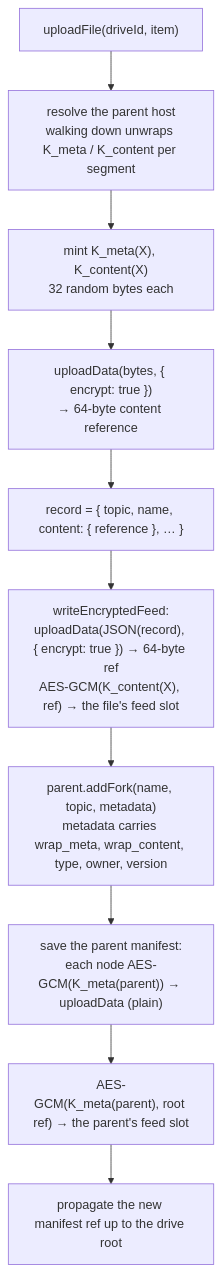
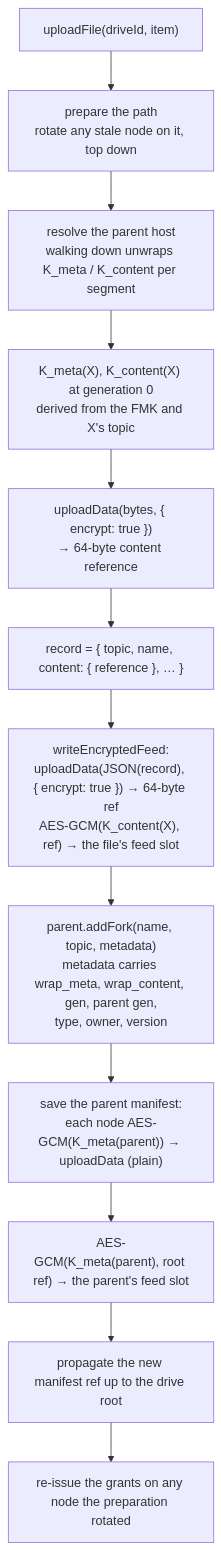
One commit to Solar-Punk-Ltd/file-manager-lib changed the third of 4 diagrams in docs/ENCRYPTION.md. Above: the diagram before and after it, drawn with Mermaid. The commit also changed other lines of this file and 21 other files, not shown here.

````diff
--- a/docs/ENCRYPTION.md
+++ b/docs/ENCRYPTION.md
@@ -355,12 +377,14 @@
 ```mermaid
 flowchart TD
-    A["uploadFile(driveId, item)"] --> B["resolve the parent host<br/>walking down unwraps K_meta / K_content per segment"]
-    B --> C["mint K_meta(X), K_content(X)<br/>32 random bytes each"]
+    A["uploadFile(driveId, item)"] --> P["prepare the path<br/>rotate any stale node on it, top down"]
+    P --> B["resolve the parent host<br/>walking down unwraps K_meta / K_content per segment"]
+    B --> C["K_meta(X), K_content(X) at generation 0<br/>derived from the FMK and X's topic"]
     C --> D["uploadData(bytes, { encrypt: true })<br/>→ 64-byte content reference"]
     D --> E["record = { topic, name, content: { reference }, … }"]
     E --> F["writeEncryptedFeed:<br/>uploadData(JSON(record), { encrypt: true }) → 64-byte ref<br/>AES-GCM(K_content(X), ref) → the file's feed slot"]
-    F --> G["parent.addFork(name, topic, metadata)<br/>metadata carries wrap_meta, wrap_content, type, owner, version"]
+    F --> G["parent.addFork(name, topic, metadata)<br/>metadata carries wrap_meta, wrap_content, gen, parent gen,<br/>type, owner, version"]
     G --> H["save the parent manifest:<br/>each node AES-GCM(K_meta(parent)) → uploadData (plain)"]
     H --> I["AES-GCM(K_meta(parent), root ref) → the parent's feed slot"]
     I --> J["propagate the new manifest ref up to the drive root"]
+    J --> K["re-issue the grants on any node the preparation rotated"]
 ```
````
